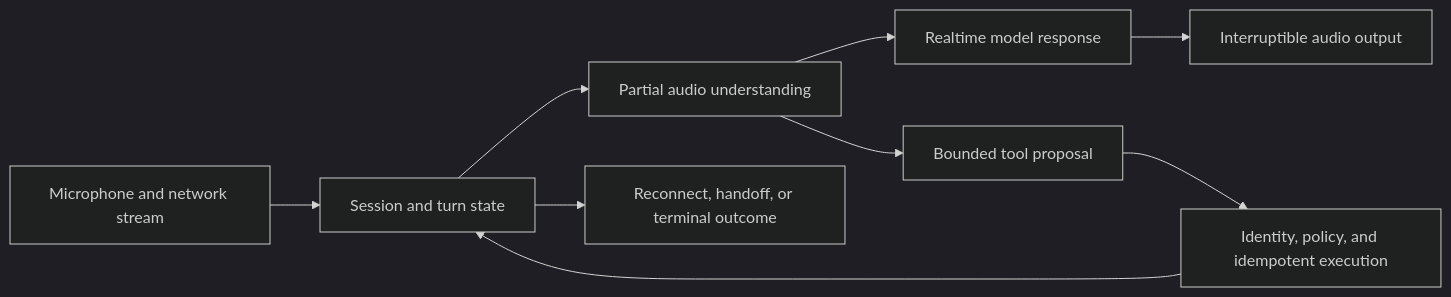
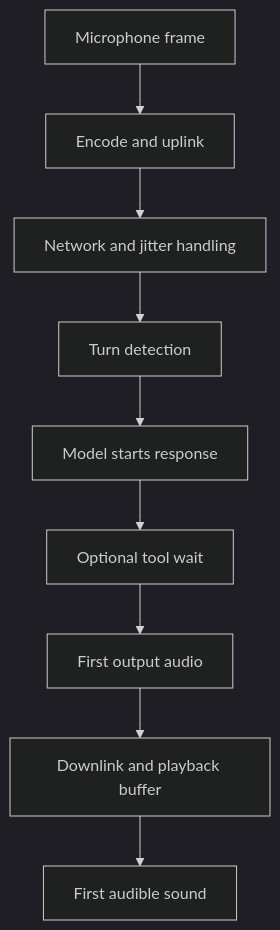
One commit to senlinyy/dev-roadmaps changed the seventh of 9 diagrams in roadmaps/mlops/modules/llmops/multimodal-and-realtime/02-realtime-voice-and-streaming.md. Above: the diagram before and after it, drawn with Mermaid (dark theme). The commit also changed other lines of this file and 198 other files, not shown here.

````diff
--- a/roadmaps/mlops/modules/llmops/multimodal-and-realtime/02-realtime-voice-and-streaming.md
+++ b/roadmaps/mlops/modules/llmops/multimodal-and-realtime/02-realtime-voice-and-streaming.md
@@ -20,11 +341,11 @@
 ```mermaid
-flowchart LR
-    A[Microphone and network stream] --> B[Session and turn state]
-    B --> C[Partial audio understanding]
-    C --> D[Realtime model response]
-    D --> E[Interruptible audio output]
-    C --> F[Bounded tool proposal]
-    F --> G[Identity, policy, and idempotent execution]
-    G --> B
-    B --> H[Reconnect, handoff, or terminal outcome]
+flowchart TD
+    A["Microphone frame"] --> B["Encode and uplink"]
+    B --> C["Network and jitter handling"]
+    C --> D["Turn detection"]
+    D --> E["Model starts response"]
+    E --> F["Optional tool wait"]
+    F --> G["First output audio"]
+    G --> H["Downlink and playback buffer"]
+    H --> I["First audible sound"]
 ```
````
